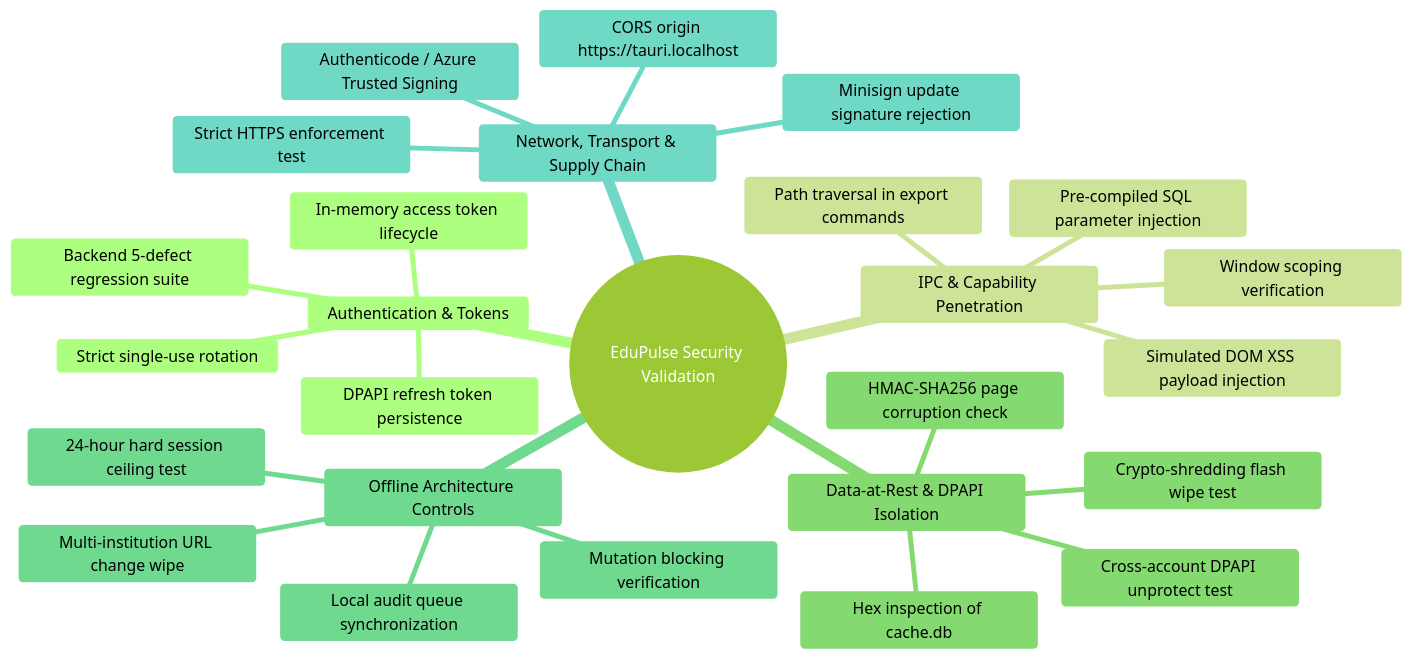
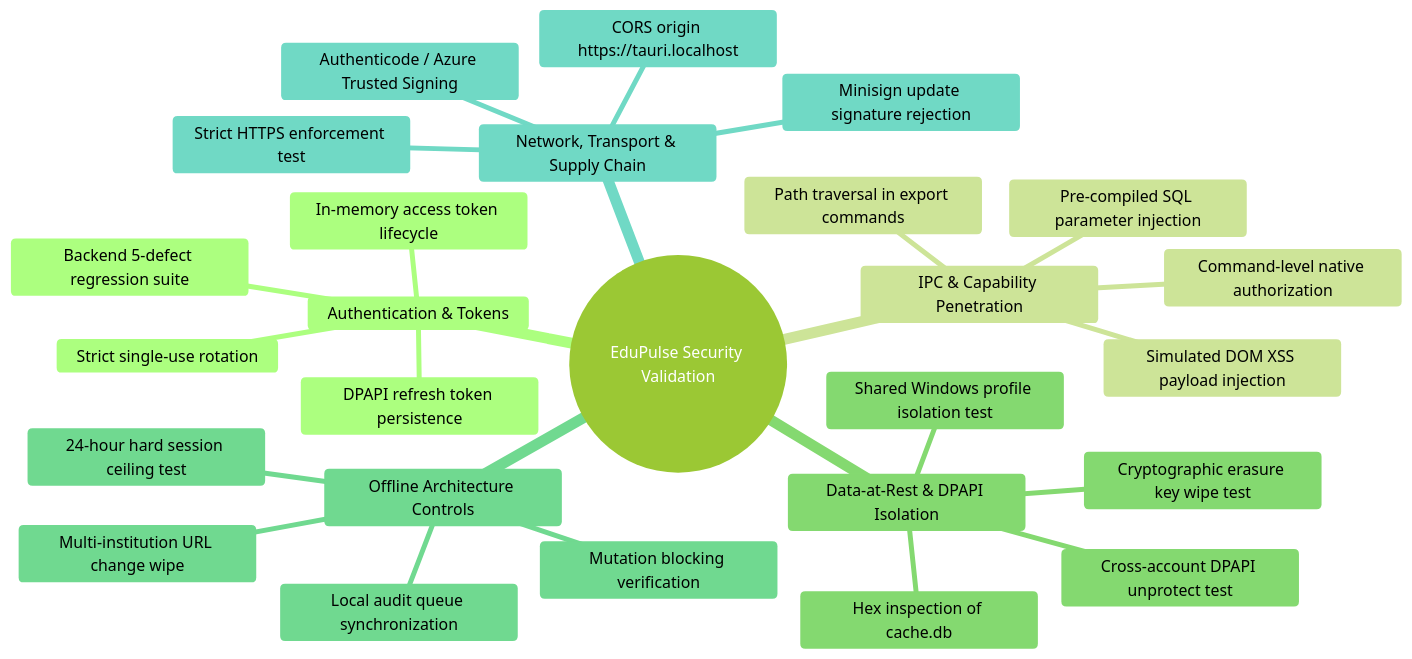
One commit to CodeTillEternity/Edupulse_ERP_desktop_v1.0 changed the diagram in docs/desktop-migration/day-02/08e-security-validation-and-remediation-roadmap.md. Above: the diagram before and after it, drawn with Mermaid (forest theme). The commit also changed other lines of this file and 4 other files, not shown here.

````diff
--- a/docs/desktop-migration/day-02/08e-security-validation-and-remediation-roadmap.md
+++ b/docs/desktop-migration/day-02/08e-security-validation-and-remediation-roadmap.md
@@ -16,29 +16,29 @@
 ```mermaid
 mindmap
   root((EduPulse Security Validation))
     Authentication & Tokens
       In-memory access token lifecycle
       DPAPI refresh token persistence
       Strict single-use rotation
       Backend 5-defect regression suite
     IPC & Capability Penetration
       Simulated DOM XSS payload injection
-      Window scoping verification
+      Command-level native authorization
       Path traversal in export commands
       Pre-compiled SQL parameter injection
     Data-at-Rest & DPAPI Isolation
       Hex inspection of cache.db
       Cross-account DPAPI unprotect test
-      HMAC-SHA256 page corruption check
-      Crypto-shredding flash wipe test
+      Shared Windows profile isolation test
+      Cryptographic erasure key wipe test
     Offline Architecture Controls
       24-hour hard session ceiling test
       Mutation blocking verification
       Local audit queue synchronization
       Multi-institution URL change wipe
     Network, Transport & Supply Chain
       Strict HTTPS enforcement test
       CORS origin https://tauri.localhost
       Minisign update signature rejection
       Authenticode / Azure Trusted Signing
 ```
````
